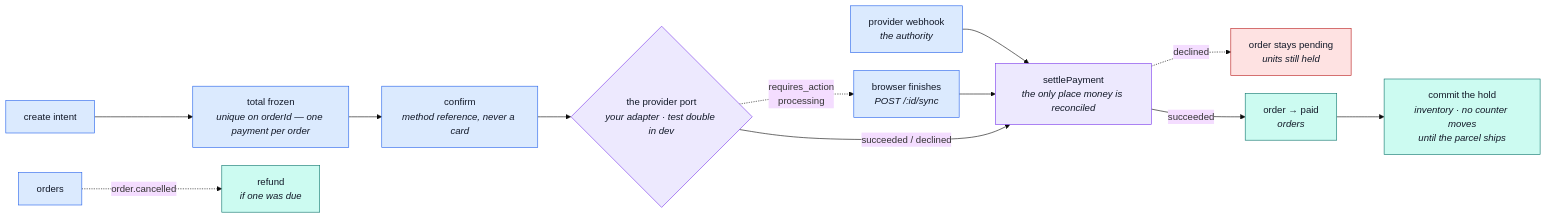
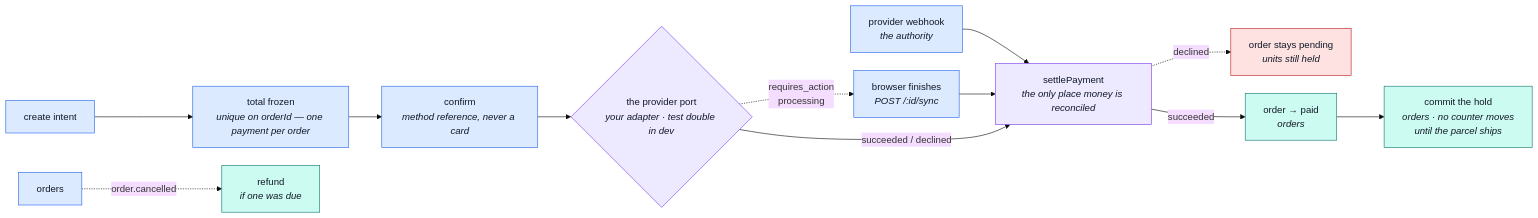
One commit to Guebbit/boilerplate-node-backend changed the tenth of 12 diagrams in docs/modules/payments.md. Above: the diagram before and after it, drawn with Mermaid (base theme). The commit also changed other lines of this file and 9 other files, not shown here.

````diff
--- a/docs/modules/payments.md
+++ b/docs/modules/payments.md
@@ -538,24 +536,24 @@
 ```mermaid
 %%{init: {'flowchart': {'nodeSpacing': 30, 'rankSpacing': 55}}}%%
 flowchart LR
     A["create intent"] --> B["total frozen<br/><i>unique on orderId — one payment per order</i>"]
     B --> C["confirm<br/><i>method reference, never a card</i>"]
     C --> D{"the provider port<br/><i>your adapter · test double in dev</i>"}
     D -.->|"requires_action<br/>processing"| S["browser finishes<br/><i>POST /:id/sync</i>"]
     W["provider webhook<br/><i>the authority</i>"] --> ST
     S --> ST["settlePayment<br/><i>the only place money is reconciled</i>"]
     D -->|"succeeded / declined"| ST
     ST -.->|declined| E["order stays pending<br/><i>units still held</i>"]
     ST -->|succeeded| F["order → paid<br/><i>orders</i>"]
-    F --> G["commit the hold<br/><i>inventory · no counter moves<br/>until the parcel ships</i>"]
+    F --> G["commit the hold<br/><i>orders · no counter moves<br/>until the parcel ships</i>"]
     OC["orders"] -. "order.cancelled" .-> R["refund<br/><i>if one was due</i>"]
 
     classDef step fill:#dbeafe,stroke:#2563eb,color:#111827;
     classDef port fill:#ede9fe,stroke:#7c3aed,color:#111827;
     classDef done fill:#ccfbf1,stroke:#0f766e,color:#111827;
     classDef bad fill:#fee2e2,stroke:#b91c1c,color:#111827;
     class A,B,C,OC,S,W step;
     class D,ST port;
     class F,G,R done;
     class E bad;
 ```
````
